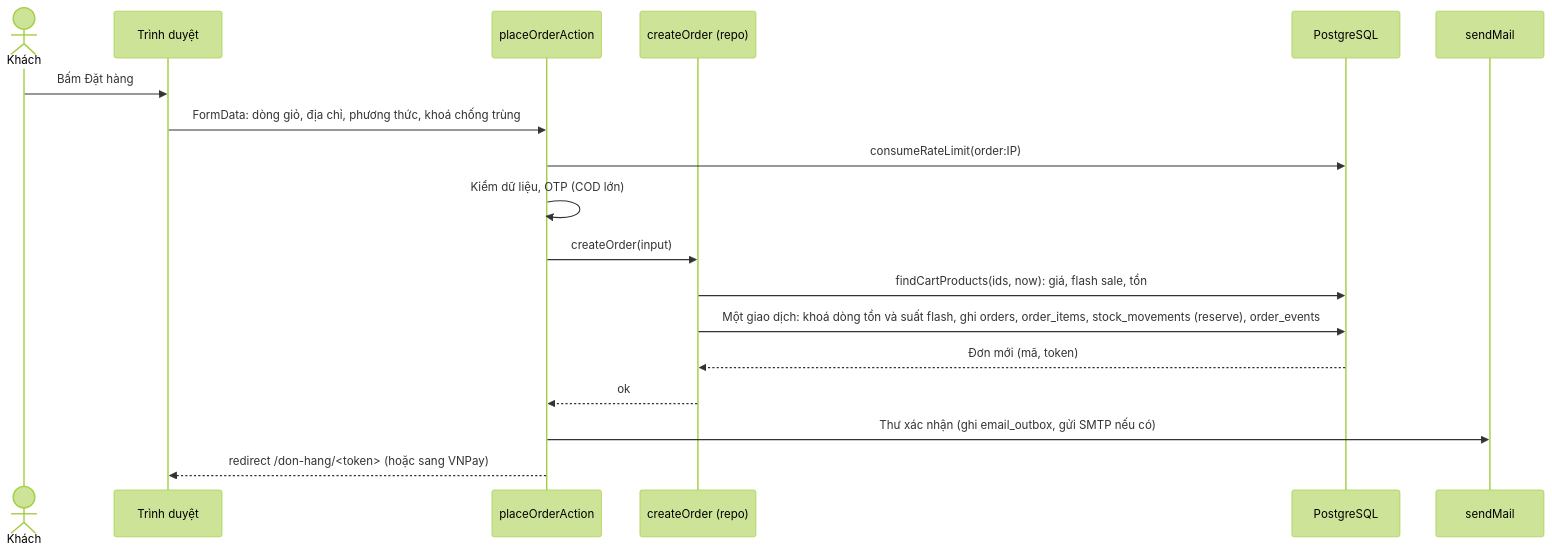
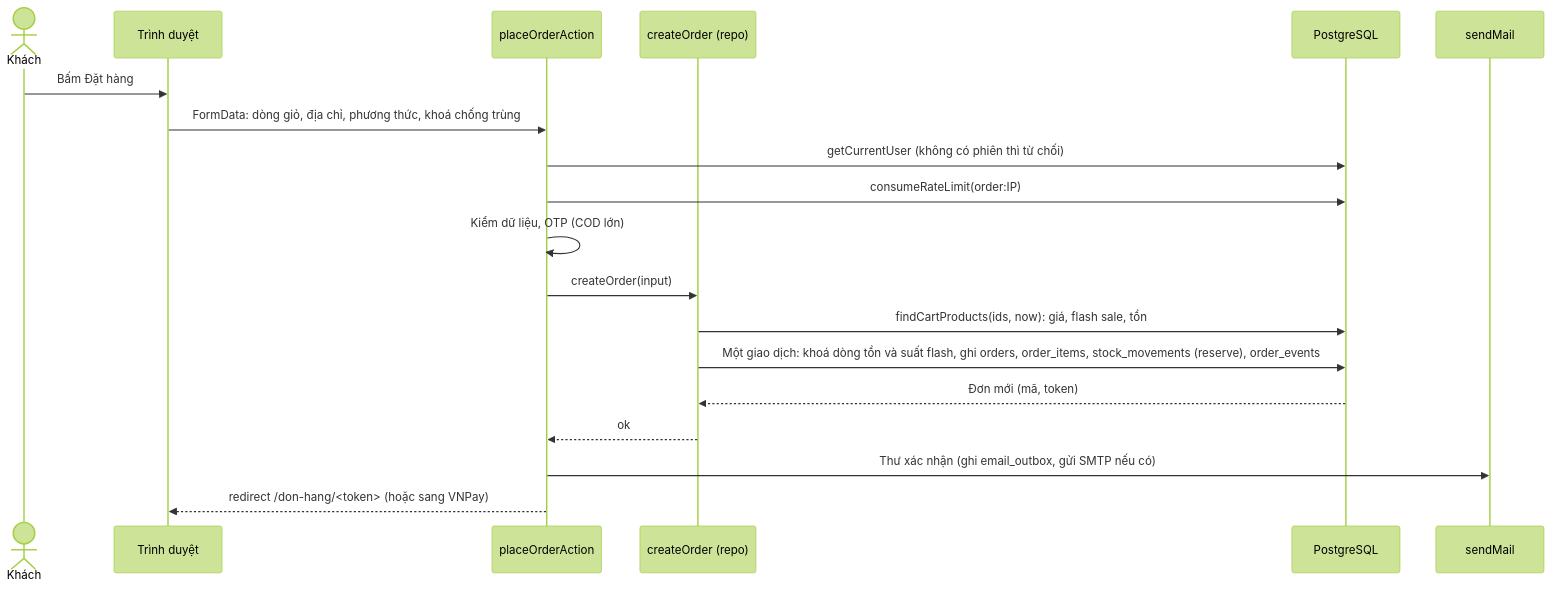
The eighth of 11 diagrams in docs/chuan/02-use-case.md (ledoankhoi/WEB_MO_HINH), drawn with Mermaid (forest theme) before and after one commit. The commit also changed other lines of this file and 4 other files, not shown here.

````diff
--- a/docs/chuan/02-use-case.md
+++ b/docs/chuan/02-use-case.md
@@ -424,20 +426,21 @@
 ```mermaid
 sequenceDiagram
   actor K as Khách
   participant B as Trình duyệt
   participant A as placeOrderAction
   participant R as createOrder (repo)
   participant DB as PostgreSQL
   participant M as sendMail
   K->>B: Bấm Đặt hàng
   B->>A: FormData: dòng giỏ, địa chỉ, phương thức, khoá chống trùng
+  A->>DB: getCurrentUser (không có phiên thì từ chối)
   A->>DB: consumeRateLimit(order:IP)
   A->>A: Kiểm dữ liệu, OTP (COD lớn)
   A->>R: createOrder(input)
   R->>DB: findCartProducts(ids, now): giá, flash sale, tồn
   R->>DB: Một giao dịch: khoá dòng tồn và suất flash, ghi orders, order_items, stock_movements (reserve), order_events
   DB-->>R: Đơn mới (mã, token)
   R-->>A: ok
   A->>M: Thư xác nhận (ghi email_outbox, gửi SMTP nếu có)
   A-->>B: redirect /don-hang/<token> (hoặc sang VNPay)
 ```
````
